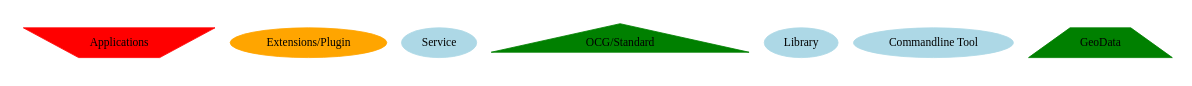
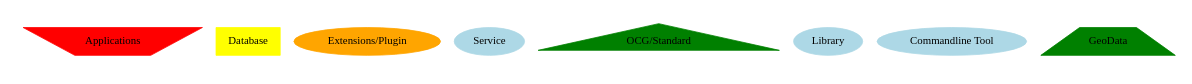
One commit to bartholomaeuz/foss4g-graph changed the diagram in f4g_symbol.gv. Above: the diagram before and after it, drawn with Graphviz. The commit also changed 6 other files, not shown here.

```diff
--- a/f4g_symbol.gv
+++ b/f4g_symbol.gv
@@ -1,13 +1,15 @@
 /* foss4g graph - Markus Dornhofer */
 digraph foss4gSym {
 	size="6,6";
 	node [color=lightblue, style=filled];
 	
 "Applications" [shape=polygon,sides=4,distortion=0.7,color=red];	
+"Database"  [shape=box,color=yellow];
 "Extensions/Plugin" [color=orange];
 "Service" [color=lightblue, style=filled];
 "OCG/Standard" [shape=triangle, color=green] ;
 "Library" [color=lightblue, style=filled];
 "Commandline Tool" [color=lightblue, style=filled]; 
 "GeoData" [shape=polygon,sides=4,distortion=-0.7,color=green];
+"Database"  [shape=box,color=yellow];
 }
```
